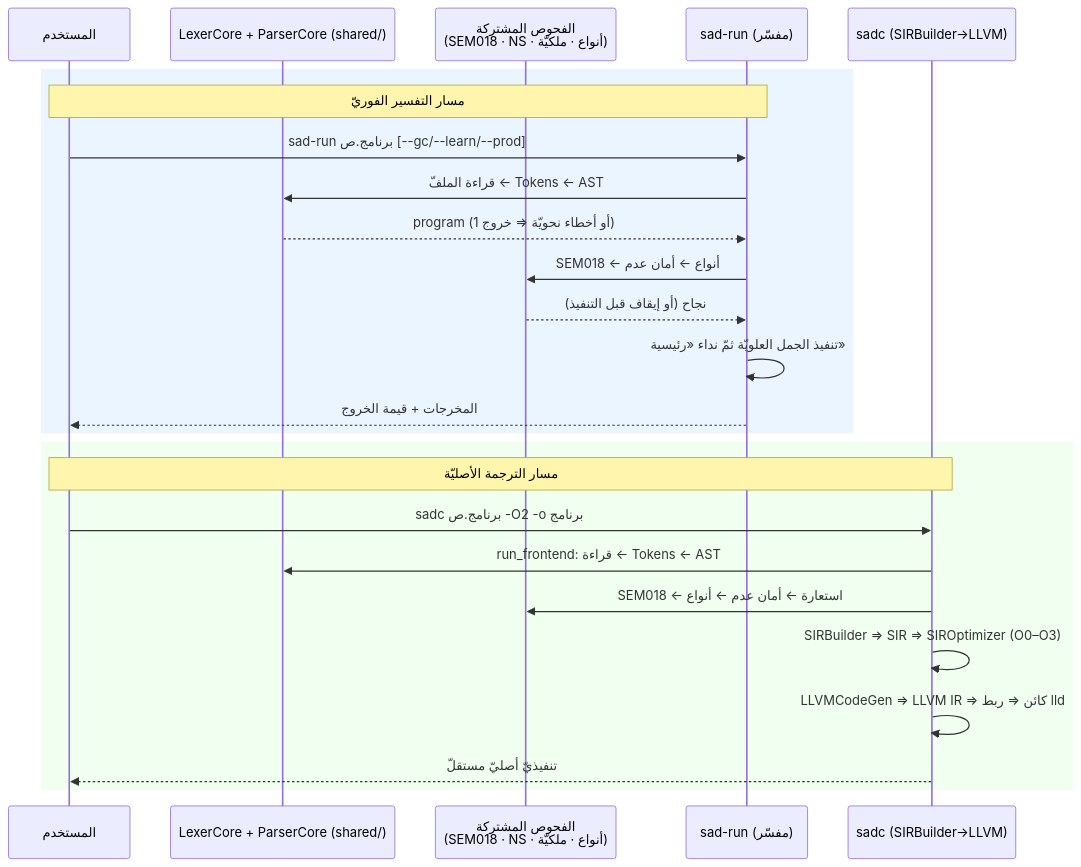
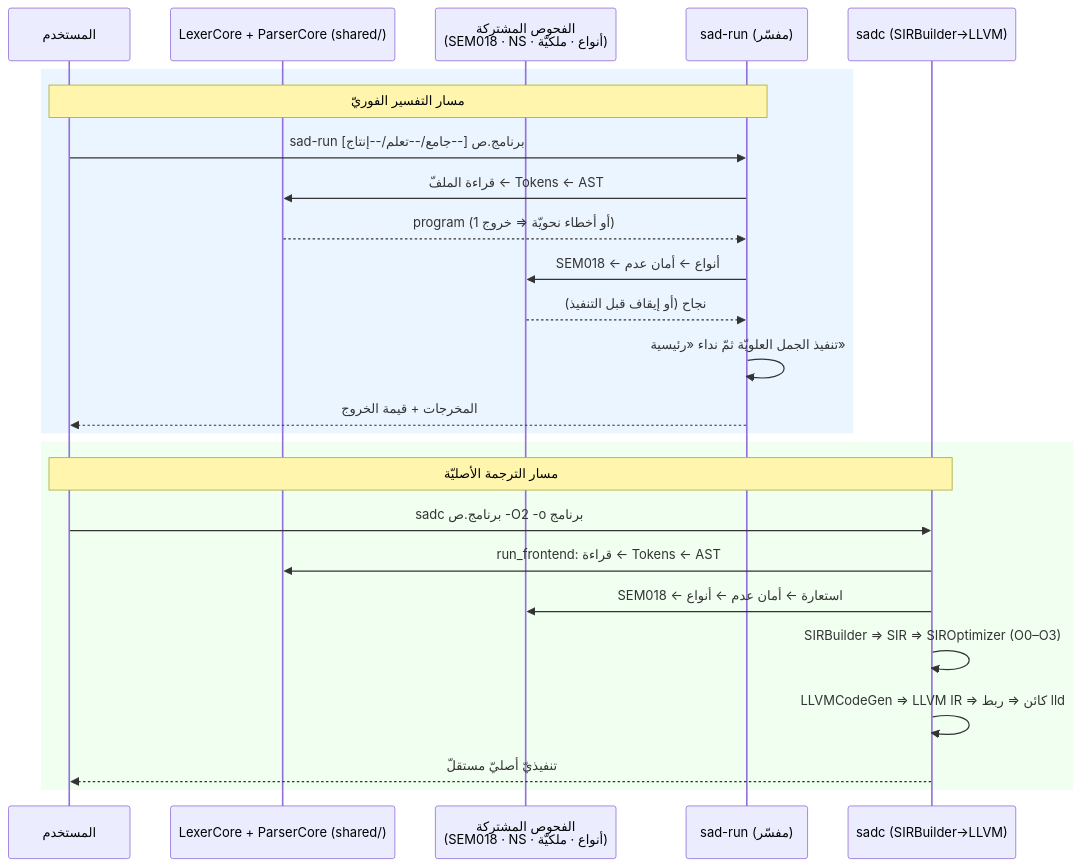
The fourth of 4 diagrams in docs/architecture/execution-pipeline.md (sadlang/sadlang), drawn with Mermaid before and after one commit. The commit also changed other lines of this file and 8 other files, not shown here.

````diff
--- a/docs/architecture/execution-pipeline.md
+++ b/docs/architecture/execution-pipeline.md
@@ -292,29 +292,29 @@
 ```mermaid
 sequenceDiagram
     participant U as المستخدم
     participant FE as LexerCore + ParserCore (shared/)
     participant SH as الفحوص المشتركة<br/>(SEM018 · NS · أنواع · ملكيّة)
     participant I as sad-run (مفسّر)
     participant C as sadc (SIRBuilder→LLVM)
 
     rect rgb(235, 245, 255)
     note over U,I: مسار التفسير الفوريّ
-    U->>I: sad-run برنامج.ص [--gc/--learn/--prod]
+    U->>I: sad-run برنامج.ص [--جامع/--تعلم/--إنتاج]
     I->>FE: قراءة الملفّ ← Tokens ← AST
     FE-->>I: program (أو أخطاء نحويّة ⇒ خروج 1)
     I->>SH: SEM018 ← أنواع ← أمان عدم
     SH-->>I: نجاح (أو إيقاف قبل التنفيذ)
     I->>I: تنفيذ الجمل العلويّة ثمّ نداء «رئيسية»
     I-->>U: المخرجات + قيمة الخروج
     end
 
     rect rgb(240, 255, 240)
     note over U,C: مسار الترجمة الأصليّة
     U->>C: sadc برنامج.ص -O2 -o برنامج
     C->>FE: run_frontend: قراءة ← Tokens ← AST
     C->>SH: SEM018 ← استعارة ← أمان عدم ← أنواع
     C->>C: SIRBuilder ⇒ SIR ⇒ SIROptimizer (O0–O3)
     C->>C: LLVMCodeGen ⇒ LLVM IR ⇒ كائن ⇒ ربط lld
     C-->>U: تنفيذيّ أصليّ مستقلّ
     end
 ```
````
